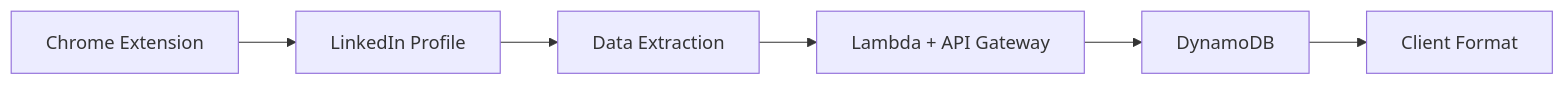
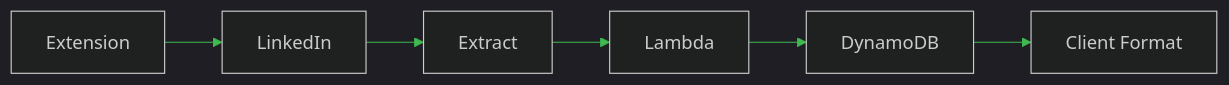
Before and after one commit to rishi-sangare/rishi-sangare: the fourth of 4 diagrams in README.md, drawn with Mermaid. The commit also changed other lines of this file, not shown here.

````diff
--- a/README.md
+++ b/README.md
@@ -100,8 +142,9 @@
 ```mermaid
+%%{init: {'theme': 'dark', 'themeVariables': { 'primaryColor': '#ffa657', 'primaryTextColor': '#fff', 'lineColor': '#3fb950'}}}%%
 flowchart LR
-    A[Chrome Extension] --> B[LinkedIn Profile]
-    B --> C[Data Extraction]
-    C --> D[Lambda + API Gateway]
-    D --> E[DynamoDB]
-    E --> F[Client Format]
+    E[Extension] --> L[LinkedIn]
+    L --> X[Extract]
+    X --> A[Lambda]
+    A --> D[DynamoDB]
+    D --> R[Client Format]
 ```
````
